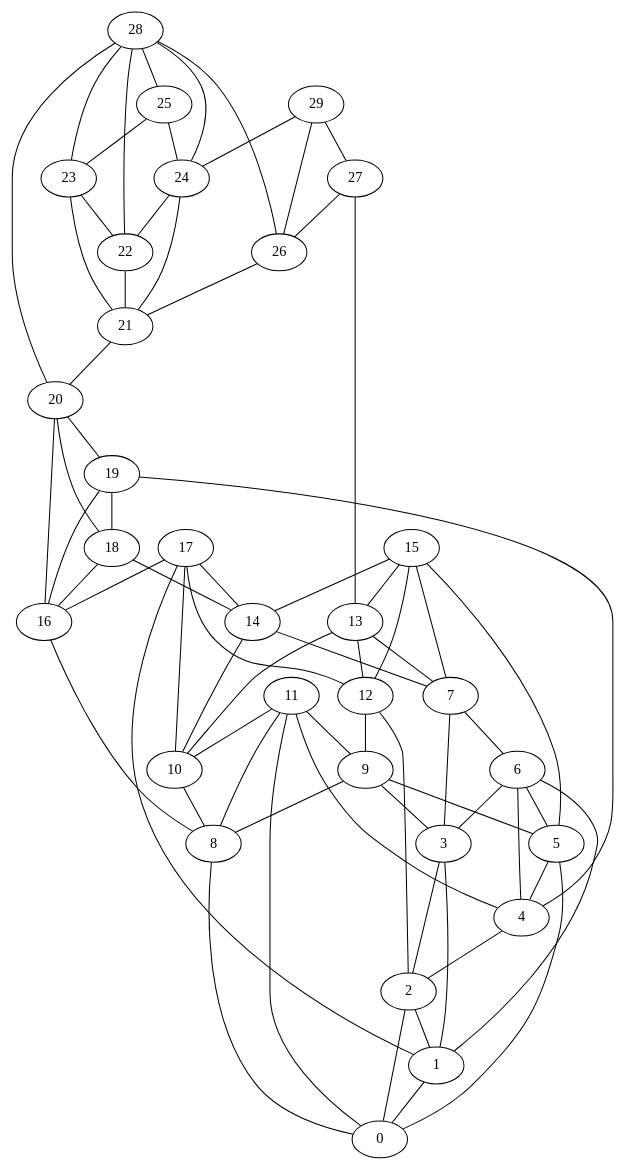
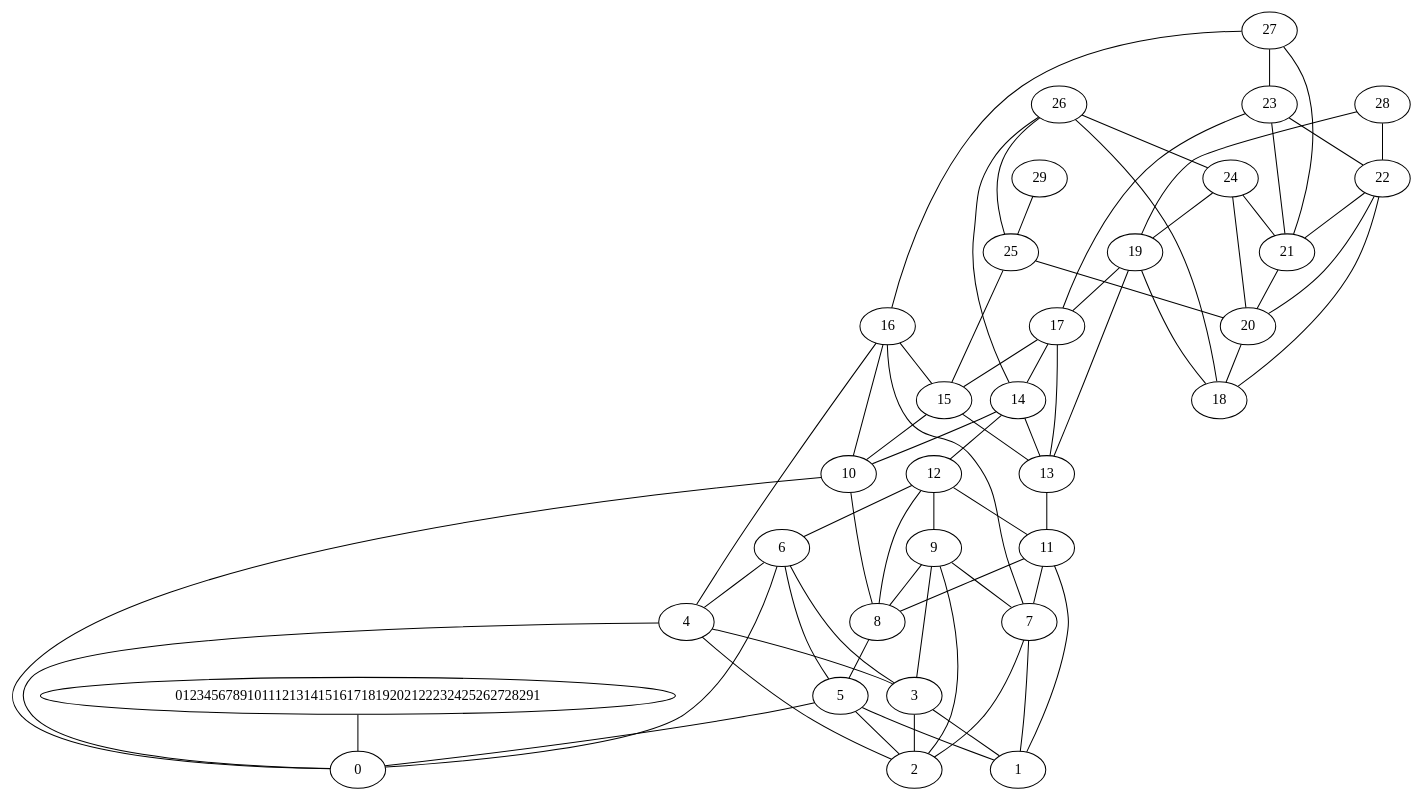
One commit to DaveWMF/Grafos changed the diagram in Grafos/grafito_BarabasiAlbert_30_0.gv. Above: the diagram before and after it, drawn with Graphviz. The commit also changed 72 other files, not shown here.

```diff
--- a/Grafos/grafito_BarabasiAlbert_30_0.gv
+++ b/Grafos/grafito_BarabasiAlbert_30_0.gv
@@ -1,102 +1,70 @@
 graph G {
-0[label="0"]
-1[label="1"]
-2[label="2"]
-3[label="3"]
-4[label="4"]
-5[label="5"]
-6[label="6"]
-7[label="7"]
-8[label="8"]
-9[label="9"]
-10[label="10"]
-11[label="11"]
-12[label="12"]
-13[label="13"]
-14[label="14"]
-15[label="15"]
-16[label="16"]
-17[label="17"]
-18[label="18"]
-19[label="19"]
-20[label="20"]
-21[label="21"]
-22[label="22"]
-23[label="23"]
-24[label="24"]
-25[label="25"]
-26[label="26"]
-27[label="27"]
-28[label="28"]
-29[label="29"]
-1 -- 0
-2 -- 0
-2 -- 1
+012345678910111213141516171819202122232425262728291 -- 0
 3 -- 1
 3 -- 2
+4 -- 0
 4 -- 2
+4 -- 3
 5 -- 0
-5 -- 4
-6 -- 1
+5 -- 1
+5 -- 2
+6 -- 0
 6 -- 3
 6 -- 4
 6 -- 5
-7 -- 3
-7 -- 6
-8 -- 0
+7 -- 1
+7 -- 2
+8 -- 5
+9 -- 2
 9 -- 3
-9 -- 5
+9 -- 7
 9 -- 8
+10 -- 0
 10 -- 8
-11 -- 0
-11 -- 4
+11 -- 1
+11 -- 7
 11 -- 8
-11 -- 9
-11 -- 10
-12 -- 2
+12 -- 6
+12 -- 8
 12 -- 9
-13 -- 7
-13 -- 10
-13 -- 12
-14 -- 7
+12 -- 11
+13 -- 11
 14 -- 10
-15 -- 5
-15 -- 7
-15 -- 12
+14 -- 12
+14 -- 13
+15 -- 10
 15 -- 13
-15 -- 14
-16 -- 8
-17 -- 1
-17 -- 10
-17 -- 12
+16 -- 4
+16 -- 7
+16 -- 10
+16 -- 15
+17 -- 13
 17 -- 14
-17 -- 16
-18 -- 14
-18 -- 16
-19 -- 4
-19 -- 16
+17 -- 15
+19 -- 13
+19 -- 17
 19 -- 18
-20 -- 16
 20 -- 18
-20 -- 19
 21 -- 20
+22 -- 18
+22 -- 20
 22 -- 21
+23 -- 17
 23 -- 21
 23 -- 22
+24 -- 19
+24 -- 20
 24 -- 21
-24 -- 22
-25 -- 23
-25 -- 24
-26 -- 21
-27 -- 13
-27 -- 26
-28 -- 20
+25 -- 15
+25 -- 20
+26 -- 14
+26 -- 18
+26 -- 24
+26 -- 25
+27 -- 16
+27 -- 21
+27 -- 23
+28 -- 19
 28 -- 22
-28 -- 23
-28 -- 24
-28 -- 25
-28 -- 26
-29 -- 24
-29 -- 26
-29 -- 27
+29 -- 25
 }
```
